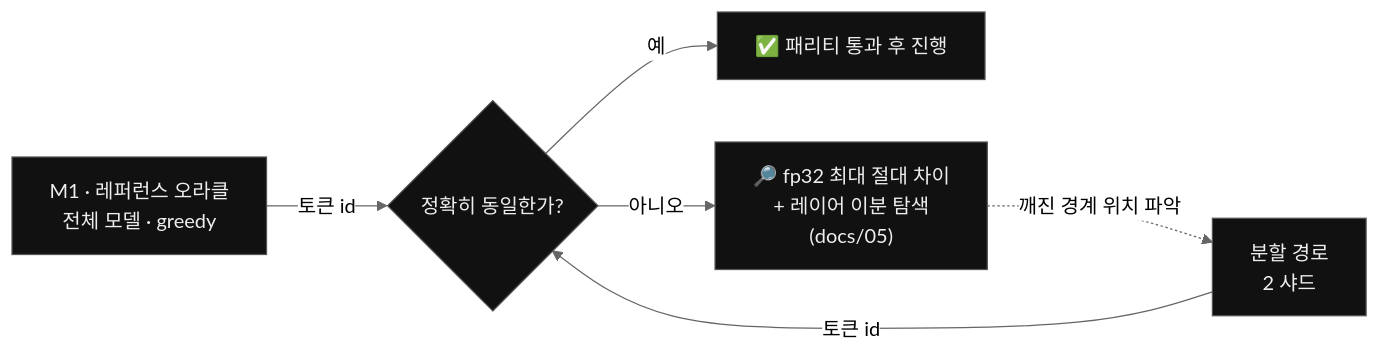
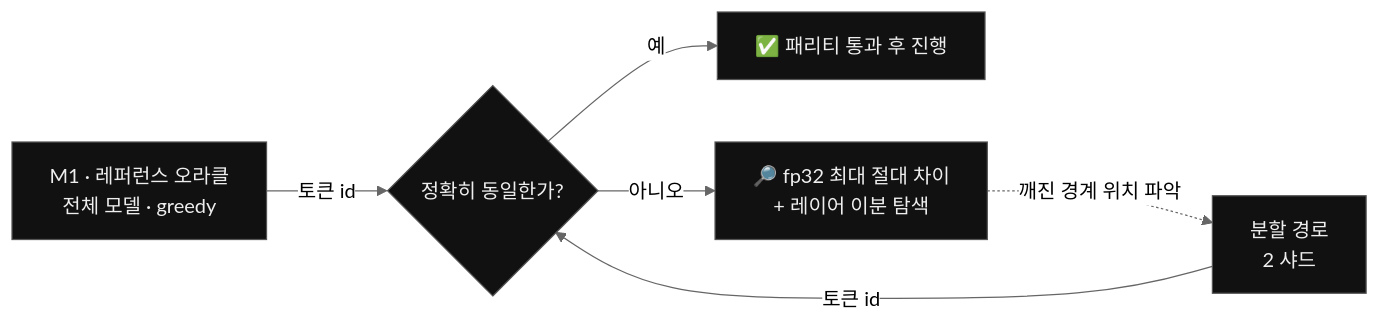
One commit to TaewoooPark/DRIFT changed the fourth of 4 diagrams in README.ko.md. Above: the diagram before and after it, drawn with Mermaid (neutral theme). The commit also changed other lines of this file and 5 other files, not shown here.

````diff
--- a/README.ko.md
+++ b/README.ko.md
@@ -251,10 +251,10 @@
 ```mermaid
 flowchart LR
     M1["M1 · 레퍼런스 오라클<br/>전체 모델 · greedy"] -->|토큰 id| GATE{"정확히 동일한가?"}
     SPLIT["분할 경로<br/>2 샤드"] -->|토큰 id| GATE
     GATE -->|예| PASS["✅ 패리티 통과 후 진행"]
-    GATE -->|아니오| BISECT["🔎 fp32 최대 절대 차이<br/>+ 레이어 이분 탐색<br/>(docs/05)"]
+    GATE -->|아니오| BISECT["🔎 fp32 최대 절대 차이<br/>+ 레이어 이분 탐색"]
     BISECT -.->|깨진 경계 위치 파악| SPLIT
     classDef n fill:#111,stroke:#555,color:#eee;
     class M1,SPLIT,GATE,PASS,BISECT n;
 ```
````
